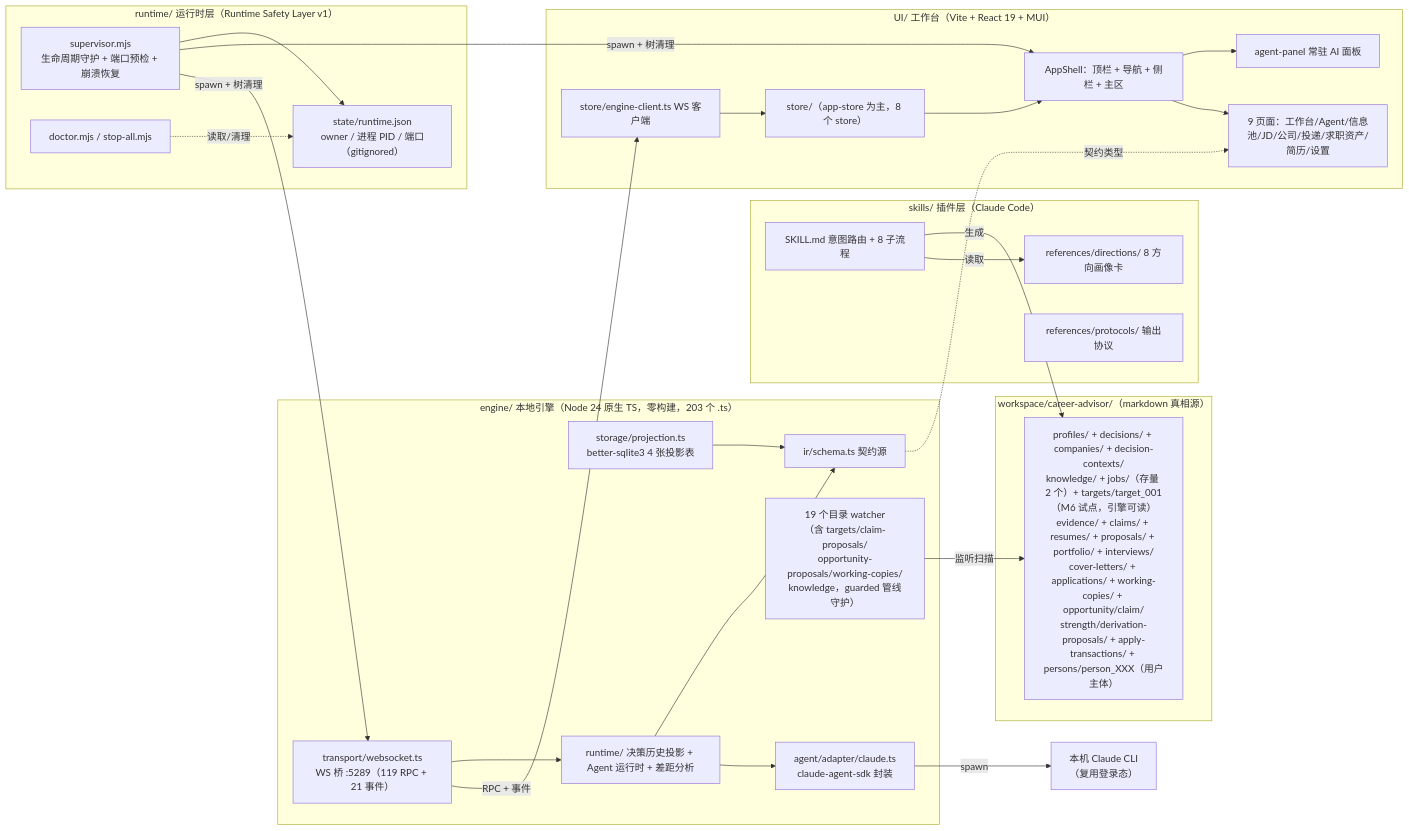
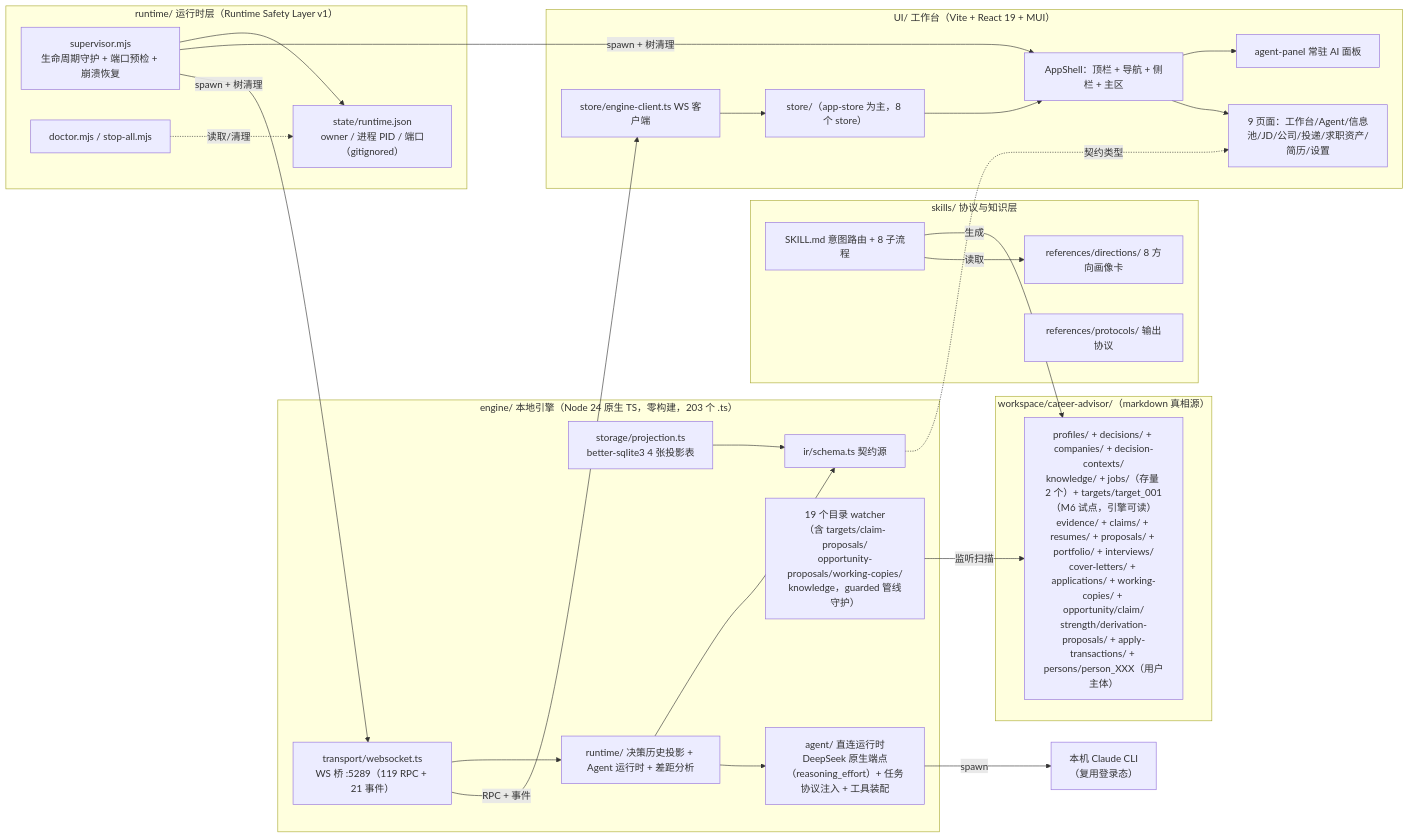
Before and after one commit to Friend-Xu/career-os: the diagram in ARCHITECTURE.md, drawn with Mermaid. The commit also changed other lines of this file and 11 other files, not shown here.

Commit message:
﻿refactor(docs,engine,ui): Claude Code 插件形态退役——删除 .claude-plugin + 全仓宣称校准（AGENTS/README/ARCHITECTURE/CLI-COMPAT）+ CLI 时代话术残留清理（config/UI/websocket 注释与描述、providers 启动摘要）

````diff
--- a/ARCHITECTURE.md
+++ b/ARCHITECTURE.md
@@ -9,53 +9,53 @@
 ```mermaid
 flowchart LR
-    subgraph 技能层["skills/ 插件层（Claude Code）"]
+    subgraph 技能层["skills/ 协议与知识层"]
         SK["SKILL.md 意图路由 + 8 子流程"]
         DIR["references/directions/ 8 方向画像卡"]
         PROT["references/protocols/ 输出协议"]
     end
 
     subgraph 引擎["engine/ 本地引擎（Node 24 原生 TS，零构建，203 个 .ts）"]
         WS["transport/websocket.ts<br/>WS 桥 :5289（119 RPC + 21 事件）"]
         IR["ir/schema.ts 契约源"]
         PROJ["storage/projection.ts<br/>better-sqlite3 4 张投影表"]
         WATCH["19 个目录 watcher<br/>（含 targets/claim-proposals/<br/>opportunity-proposals/working-copies/<br/>knowledge，guarded 管线守护）"]
         RUNTIME["runtime/ 决策历史投影 + Agent 运行时 + 差距分析"]
-        AGENT["agent/adapter/claude.ts<br/>claude-agent-sdk 封装"]
+        AGENT["agent/ 直连运行时<br/>DeepSeek 原生端点（reasoning_effort）+ 任务协议注入 + 工具装配"]
     end
 
     subgraph 前端["UI/ 工作台（Vite + React 19 + MUI）"]
         SHELL["AppShell：顶栏 + 导航 + 侧栏 + 主区"]
         PANEL["agent-panel 常驻 AI 面板"]
         STORE["store/（app-store 为主，8 个 store）"]
         CLIENT["store/engine-client.ts WS 客户端"]
         PAGES["9 页面：工作台/Agent/信息池/JD/公司/投递/求职资产/简历/设置"]
     end
 
     subgraph 运行时["runtime/ 运行时层（Runtime Safety Layer v1）"]
         SUP["supervisor.mjs<br/>生命周期守护 + 端口预检 + 崩溃恢复"]
         STORE2["state/runtime.json<br/>owner / 进程 PID / 端口（gitignored）"]
         DOCTOR["doctor.mjs / stop-all.mjs"]
     end
 
     subgraph 数据["workspace/career-advisor/（markdown 真相源）"]
         MD["profiles/ + decisions/ + companies/ + decision-contexts/<br/>knowledge/ + jobs/（存量 2 个）+ targets/target_001（M6 试点，引擎可读）<br/>evidence/ + claims/ + resumes/ + proposals/ + portfolio/ + interviews/<br/>cover-letters/ + applications/ + working-copies/ + opportunity/claim/<br/>strength/derivation-proposals/ + apply-transactions/ + persons/person_XXX（用户主体）"]
     end
 
     SK -->|读取| DIR
     SK -->|生成| MD
     WATCH -->|监听扫描| MD
     IR -.->|契约类型| PAGES
     WS -->|RPC + 事件| CLIENT
     CLIENT --> STORE
     STORE --> SHELL
     SHELL --> PAGES
     SUP -->|spawn + 树清理| WS
     SUP -->|spawn + 树清理| SHELL
     SUP --> STORE2
     DOCTOR -.->|读取/清理| STORE2
     SHELL --> PANEL
     AGENT -->|spawn| CLI["本机 Claude CLI<br/>（复用登录态）"]
     WS --> RUNTIME --> AGENT
     PROJ --> IR
     RUNTIME --> IR
 ```
````
